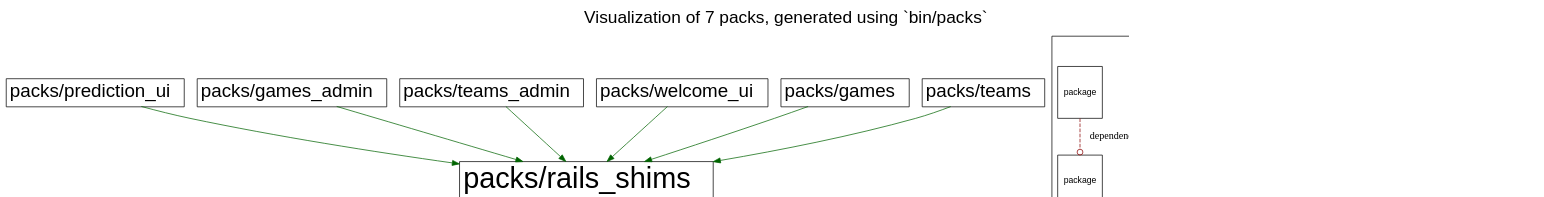
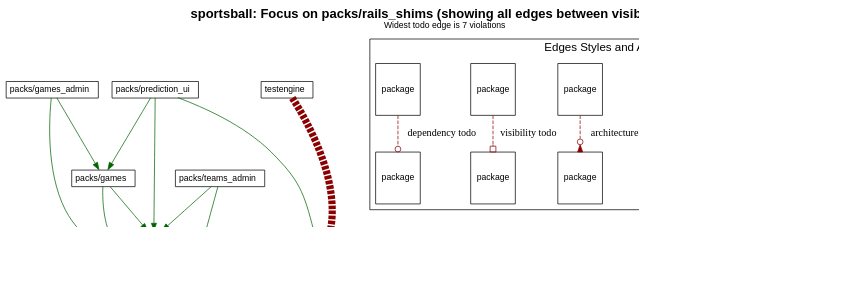
One commit to shageman/package-based-rails-applications-book changed the diagram in c3s01/sportsball/packs/rails_shims/packs.dot. Above: the diagram before and after it, drawn with Graphviz. The commit also changed 3077 other files, not shown here.

Commit message:
Better graphs from updated visualize_packwerk

```diff
--- a/c3s01/sportsball/packs/rails_shims/packs.dot
+++ b/c3s01/sportsball/packs/rails_shims/packs.dot
@@ -1,142 +1,142 @@
 digraph package_diagram {
   rankdir=TD
-
   graph [
     labelloc="t"
     fontname="Helvetica,Arial,sans-serif"
     dpi=100
     layout=dot
-    label="Visualization of 7 packs, generated using `bin/packs`",
-    fontsize=24
+    label=<<b>sportsball: Focus on packs/rails_shims (showing all edges between visible packs)</b><br/><font point-size='12'>Widest todo edge is 7 violations</font>>
+    fontsize=18
   ]
   node [
     fontname="Helvetica,Arial,sans-serif"
     fontsize=26.0
     fontcolor=black
     fillcolor=white
     color=black
     height=1.0
     style=filled
     shape=plain
   ]
-
     subgraph NotInLayer {
       shape=box
       color=darkgrey
       fillcolor=lightblue
       style=filled
-
-
+        cluster=false
         "packs/rails_shims" [
-            fontsize=40.0
-              URL="https://github.com/shageman/package-based-rails-applications-book/tree/main/c4s07/sportsball/packs/rails_shims"
-            label=               <
+            fontsize=18.0
+            label= <
                 <table border='0' cellborder='1' cellspacing='0' cellpadding='4'>
                   <tr> <td align='left'> packs/rails_shims </td> </tr>
                 </table>
               >
           ]
-
+        
         "packs/prediction_ui" [
-            fontsize=26.0
-              URL="https://github.com/shageman/package-based-rails-applications-book/tree/main/c4s07/sportsball/packs/prediction_ui"
-            label=               <
+            fontsize=12.0
+            label= <
                 <table border='0' cellborder='1' cellspacing='0' cellpadding='4'>
                   <tr> <td align='left'> packs/prediction_ui </td> </tr>
                 </table>
               >
           ]
-
+        
         "packs/games_admin" [
-            fontsize=26.0
-              URL="https://github.com/shageman/package-based-rails-applications-book/tree/main/c4s07/sportsball/packs/games_admin"
-            label=               <
+            fontsize=12.0
+            label= <
                 <table border='0' cellborder='1' cellspacing='0' cellpadding='4'>
                   <tr> <td align='left'> packs/games_admin </td> </tr>
                 </table>
               >
           ]
-
+        
         "packs/teams_admin" [
-            fontsize=26.0
-              URL="https://github.com/shageman/package-based-rails-applications-book/tree/main/c4s07/sportsball/packs/teams_admin"
-            label=               <
+            fontsize=12.0
+            label= <
                 <table border='0' cellborder='1' cellspacing='0' cellpadding='4'>
                   <tr> <td align='left'> packs/teams_admin </td> </tr>
                 </table>
               >
           ]
-
+        
         "packs/welcome_ui" [
-            fontsize=26.0
-              URL="https://github.com/shageman/package-based-rails-applications-book/tree/main/c4s07/sportsball/packs/welcome_ui"
-            label=               <
+            fontsize=12.0
+            label= <
                 <table border='0' cellborder='1' cellspacing='0' cellpadding='4'>
                   <tr> <td align='left'> packs/welcome_ui </td> </tr>
                 </table>
               >
           ]
-
+        
         "packs/games" [
-            fontsize=26.0
-              URL="https://github.com/shageman/package-based-rails-applications-book/tree/main/c4s07/sportsball/packs/games"
-            label=               <
+            fontsize=12.0
+            label= <
                 <table border='0' cellborder='1' cellspacing='0' cellpadding='4'>
                   <tr> <td align='left'> packs/games </td> </tr>
                 </table>
               >
           ]
-
+        
         "packs/teams" [
-            fontsize=26.0
-              URL="https://github.com/shageman/package-based-rails-applications-book/tree/main/c4s07/sportsball/packs/teams"
-            label=               <
+            fontsize=12.0
+            label= <
                 <table border='0' cellborder='1' cellspacing='0' cellpadding='4'>
                   <tr> <td align='left'> packs/teams </td> </tr>
                 </table>
               >
           ]
-
+        
+        "testengine" [
+            fontsize=12.0
+            label= <
+                <table border='0' cellborder='1' cellspacing='0' cellpadding='4'>
+                  <tr> <td align='left'> testengine </td> </tr>
+                </table>
+              >
+          ]
+        
     }
-
-          "packs/prediction_ui" -> "packs/rails_shims" [
-            color=darkgreen
-          ]
-          "packs/games_admin" -> "packs/rails_shims" [
-            color=darkgreen
-          ]
-          "packs/teams_admin" -> "packs/rails_shims" [
-            color=darkgreen
-          ]
-          "packs/welcome_ui" -> "packs/rails_shims" [
-            color=darkgreen
-          ]
-          "packs/games" -> "packs/rails_shims" [
-            color=darkgreen
-          ]
-          "packs/teams" -> "packs/rails_shims" [
-            color=darkgreen
-          ]
-
-
+          "packs/prediction_ui" -> "packs/games" [ color=darkgreen ]
+          "packs/prediction_ui" -> "packs/rails_shims" [ color=darkgreen ]
+          "packs/prediction_ui" -> "packs/teams" [ color=darkgreen ]
+          "packs/games_admin" -> "packs/games" [ color=darkgreen ]
+          "packs/games_admin" -> "packs/rails_shims" [ color=darkgreen ]
+          "packs/teams_admin" -> "packs/rails_shims" [ color=darkgreen ]
+          "packs/teams_admin" -> "packs/teams" [ color=darkgreen ]
+          "packs/welcome_ui" -> "packs/rails_shims" [ color=darkgreen ]
+          "packs/games" -> "packs/rails_shims" [ color=darkgreen ]
+          "packs/games" -> "packs/teams" [ color=darkgreen ]
+          "packs/teams" -> "packs/rails_shims" [ color=darkgreen ]
+            "testengine" -> "packs/rails_shims" [ color=darkred style=dashed
+              constraint=false
+              # headlabel="dependency"
+                arrowhead=odot
+              penwidth=10            ]
   subgraph cluster_legend {
-    label="Legend"
-
+    fontsize=16
+    label="Edges Styles and Arrow Heads"
     A [ fontsize=12 shape=box label="package"]
     B [ fontsize=12 shape=box label="package"]
     C [ fontsize=12 shape=box label="package"]
     D [ fontsize=12 shape=box label="package"]
     E [ fontsize=12 shape=box label="package"]
     F [ fontsize=12 shape=box label="package"]
     G [ fontsize=12 shape=box label="package"]
     H [ fontsize=12 shape=box label="package"]
     I [ fontsize=12 shape=box label="package"]
     J [ fontsize=12 shape=box label="package"]
-
     A -> B [label="accepted dependency" color=darkgreen]
     C -> D [label="privac todo" color=darkred style=dashed arrowhead=crow]
     E -> F [label="architecture todo" color=darkred style=dashed arrowhead=invodot]
     G -> H [label="visibility todo" color=darkred style=dashed arrowhead=obox]
     I -> J [label="dependency todo" color=darkred style=dashed arrowhead=odot]
   }
+  subgraph cluster_teams_legend {
+    fontsize=16
+    label="Team Colors"
+
+
+  }
+  J -> "" [style=invis]
 }
```
